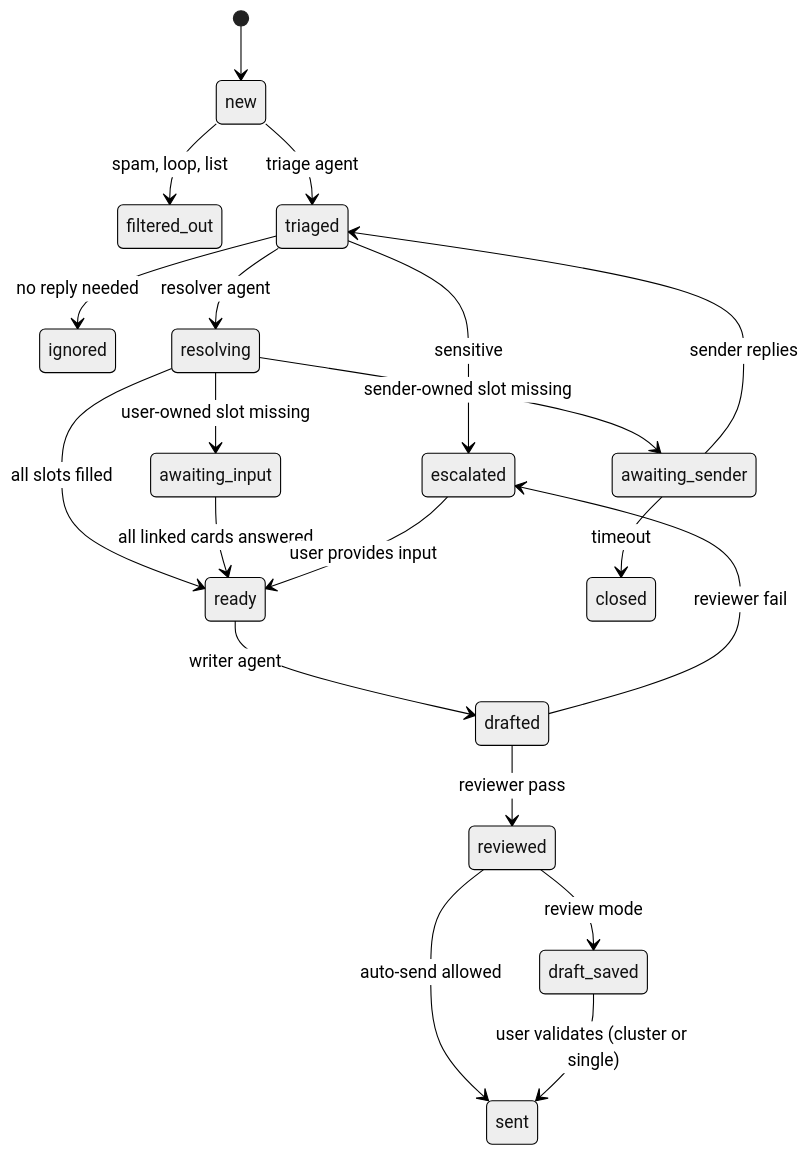
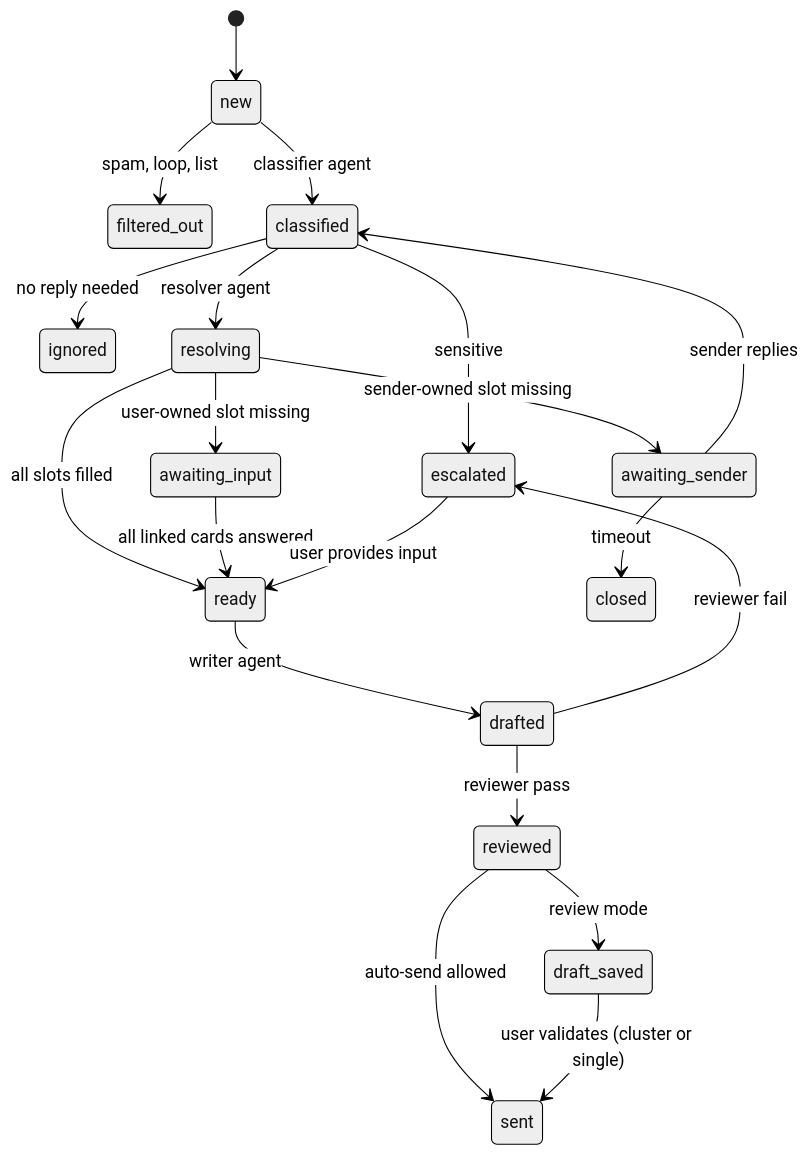
One commit to dhiasalah/email-response-agent changed the third of 12 diagrams in Email Response Agent — System Design.md. Above: the diagram before and after it, drawn with Mermaid (neutral theme). The commit also changed other lines of this file and 44 other files, not shown here.

First line of the commit message:
Rename triage to classifier and classification

````diff
--- a/Email Response Agent — System Design.md
+++ b/Email Response Agent — System Design.md
@@ -200,22 +200,22 @@
 ```mermaid
 stateDiagram-v2
     [*] --> new
     new --> filtered_out: spam, loop, list
-    new --> triaged: triage agent
-    triaged --> ignored: no reply needed
-    triaged --> escalated: sensitive
-    triaged --> resolving: resolver agent
+    new --> classified: classifier agent
+    classified --> ignored: no reply needed
+    classified --> escalated: sensitive
+    classified --> resolving: resolver agent
     resolving --> ready: all slots filled
     resolving --> awaiting_sender: sender-owned slot missing
-    awaiting_sender --> triaged: sender replies
+    awaiting_sender --> classified: sender replies
     awaiting_sender --> closed: timeout
     resolving --> awaiting_input: user-owned slot missing
     awaiting_input --> ready: all linked cards answered
     ready --> drafted: writer agent
     drafted --> reviewed: reviewer pass
     drafted --> escalated: reviewer fail
     reviewed --> sent: auto-send allowed
     reviewed --> draft_saved: review mode
     draft_saved --> sent: user validates (cluster or single)
     escalated --> ready: user provides input
 ```
````
